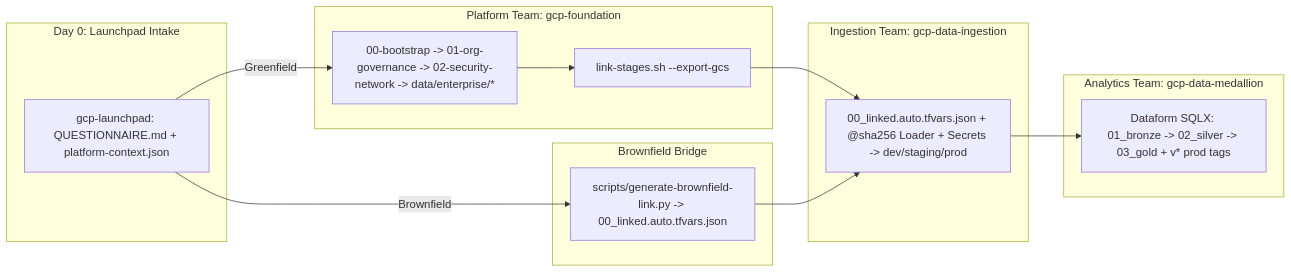
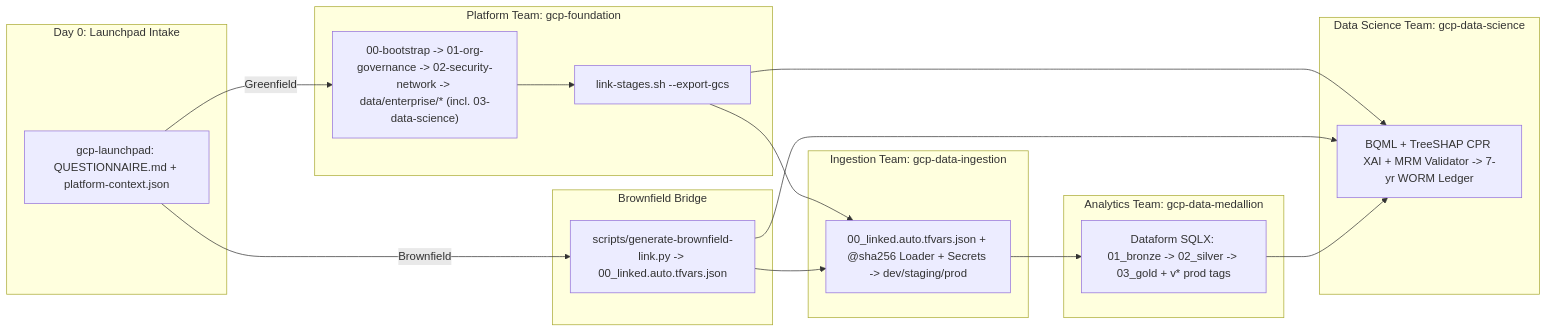
Before and after one commit to choo737/gcp-launchpad: the diagram in docs/01-end-to-end-operational-playbook.md, drawn with Mermaid. The commit also changed other lines of this file and 14 other files, not shown here.

Commit message:
feat: add Data Science intake, D16 XAI scanner check, and SHA-256 leak guards

````diff
--- a/docs/01-end-to-end-operational-playbook.md
+++ b/docs/01-end-to-end-operational-playbook.md
@@ -7,30 +7,37 @@
 ```mermaid
 flowchart LR
     subgraph Day0["Day 0: Launchpad Intake"]
       LP["gcp-launchpad: QUESTIONNAIRE.md + platform-context.json"]
     end
 
     subgraph Platform["Platform Team: gcp-foundation"]
-      GF["00-bootstrap -> 01-org-governance -> 02-security-network -> data/enterprise/*"]
+      GF["00-bootstrap -> 01-org-governance -> 02-security-network -> data/enterprise/* (incl. 03-data-science)"]
       GCS["link-stages.sh --export-gcs"]
       GF --> GCS
     end
 
     subgraph Brownfield["Brownfield Bridge"]
       BF["scripts/generate-brownfield-link.py -> 00_linked.auto.tfvars.json"]
     end
 
     subgraph Ingestion["Ingestion Team: gcp-data-ingestion"]
       DI["00_linked.auto.tfvars.json + @sha256 Loader + Secrets -> dev/staging/prod"]
     end
 
     subgraph Analytics["Analytics Team: gcp-data-medallion"]
       DM["Dataform SQLX: 01_bronze -> 02_silver -> 03_gold + v* prod tags"]
     end
 
+    subgraph DataScience["Data Science Team: gcp-data-science"]
+      DS["BQML + TreeSHAP CPR XAI + MRM Validator -> 7-yr WORM Ledger"]
+    end
+
     LP -- "Greenfield" --> GF
     LP -- "Brownfield" --> BF
     GCS --> DI
+    GCS --> DS
     BF --> DI
+    BF --> DS
     DI --> DM
+    DM --> DS
 ```
````
